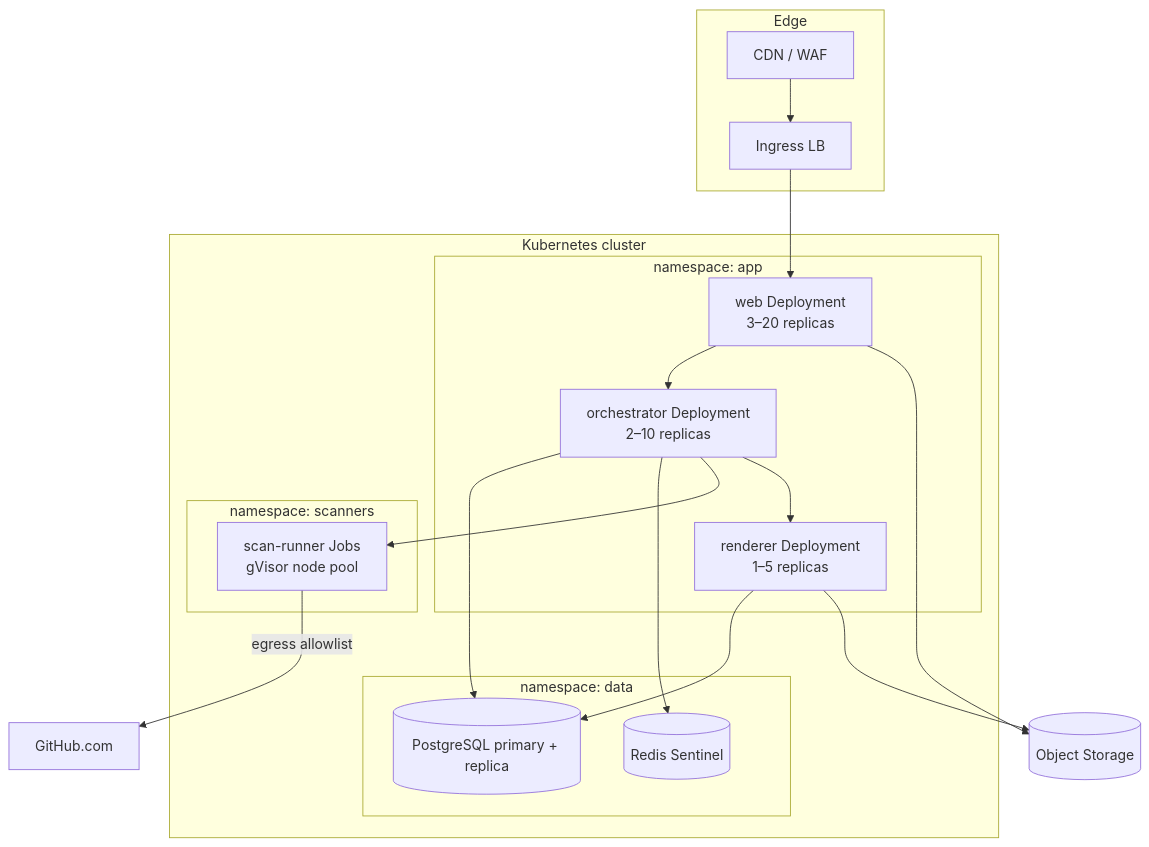
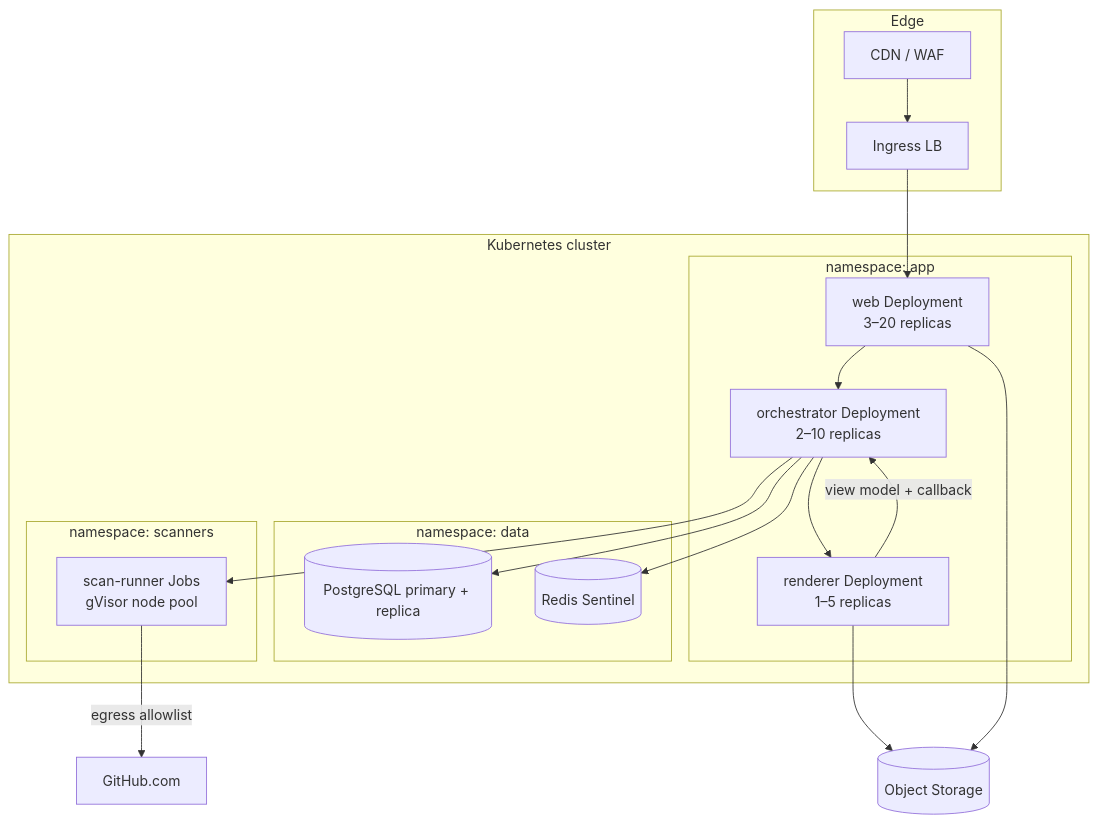
Before and after one commit to darshan192004/dpdp-auditor: the fourth of 4 diagrams in docs/architecture.md, drawn with Mermaid. The commit also changed other lines of this file, not shown here.

First line of the commit message:
docs: resolve architecture contradictions (callback auth, renderer boundaries, job ordering)

````diff
--- a/docs/architecture.md
+++ b/docs/architecture.md
@@ -410,32 +418,32 @@
 ```mermaid
 flowchart TB
   subgraph Edge
     CDN[CDN / WAF] --> LB[Ingress LB]
   end
 
   subgraph Cluster["Kubernetes cluster"]
     subgraph AppNS["namespace: app"]
       WEB[web Deployment<br/>3–20 replicas]
       ORCH[orchestrator Deployment<br/>2–10 replicas]
       REND[renderer Deployment<br/>1–5 replicas]
     end
     subgraph DataNS["namespace: data"]
       PG[(PostgreSQL primary + replica)]
       RD[(Redis Sentinel)]
     end
     subgraph ScanNS["namespace: scanners"]
       JOB[scan-runner Jobs<br/>gVisor node pool]
     end
   end
 
   LB --> WEB
   WEB --> ORCH
   ORCH --> PG
   ORCH --> RD
   ORCH --> JOB
   ORCH --> REND
-  REND --> PG
+  REND -->|view model + callback| ORCH
   JOB -->|egress allowlist| GH[GitHub.com]
   REND --> S3[(Object Storage)]
   WEB --> S3
 ```
````
